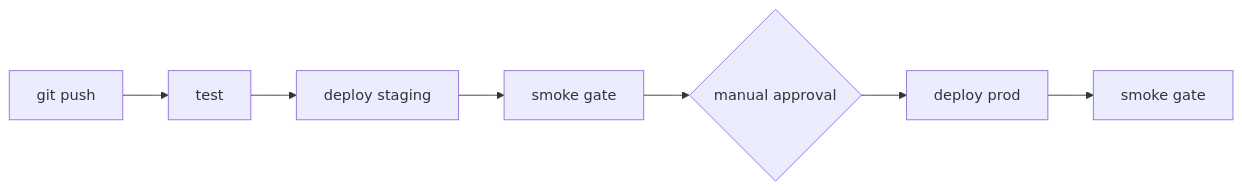
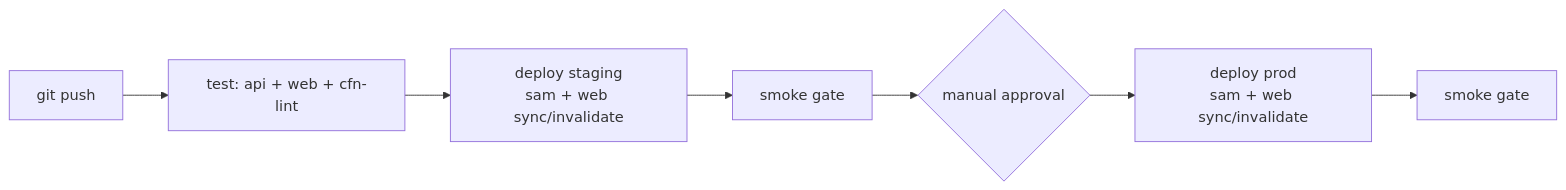
The second of 2 diagrams in README.md (p1tap/toolshare-aws), drawn with Mermaid before and after one commit. The commit also changed other lines of this file and 2 other files, not shown here.

````diff
--- a/README.md
+++ b/README.md
@@ -67,9 +75,9 @@
 ```mermaid
 flowchart LR
-    Push[git push] --> Test[test]
-    Test --> DeployStaging[deploy staging]
+    Push[git push] --> Test[test: api + web + cfn-lint]
+    Test --> DeployStaging[deploy staging<br/>sam + web sync/invalidate]
     DeployStaging --> SmokeStaging[smoke gate]
     SmokeStaging --> Approval{manual approval}
-    Approval --> DeployProd[deploy prod]
+    Approval --> DeployProd[deploy prod<br/>sam + web sync/invalidate]
     DeployProd --> SmokeProd[smoke gate]
 ```
````
